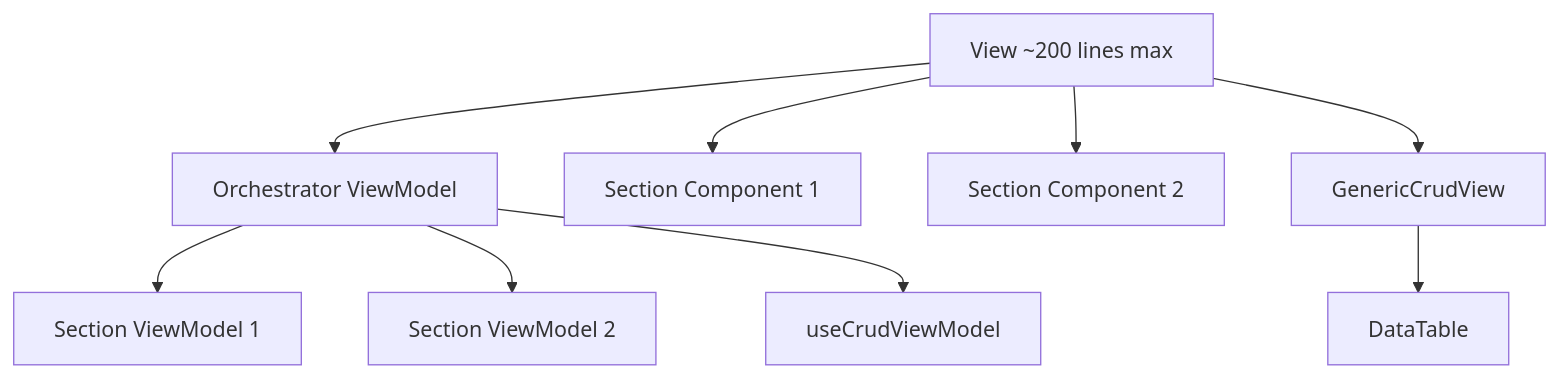
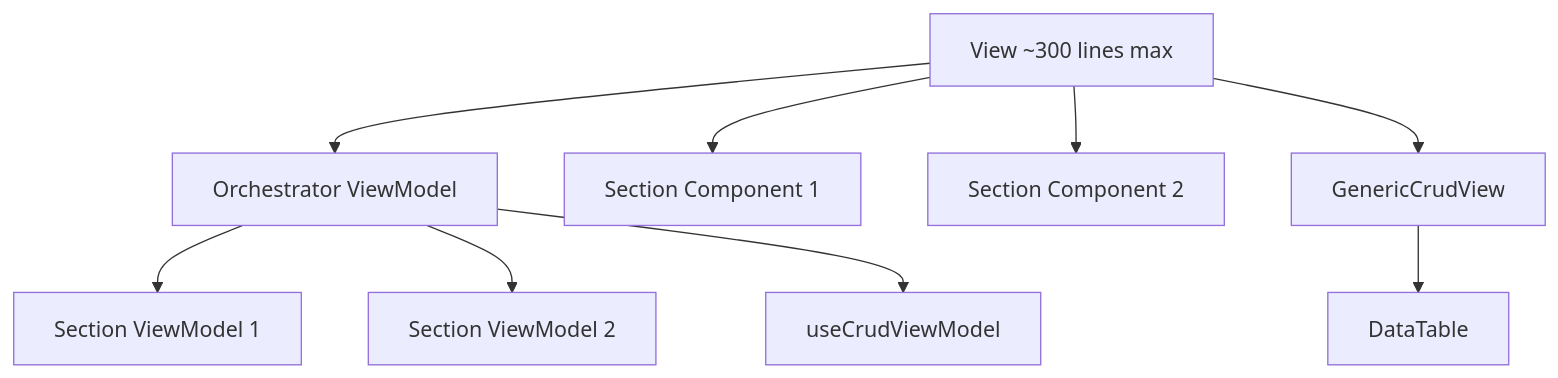
One commit to SCRIPE-org/SCRIPE-Frontend changed the diagram in docs/architecture/view-viewmodel-rules.md. Above: the diagram before and after it, drawn with Mermaid. The commit also changed other lines of this file and 649 other files, not shown here.

First line of the commit message:
refactor(frontend): resolve architectural compliance warnings and ESLint checks

````diff
--- a/docs/architecture/view-viewmodel-rules.md
+++ b/docs/architecture/view-viewmodel-rules.md
@@ -15,11 +15,11 @@
 ```mermaid
 graph TB
-    V[View ~200 lines max] --> OVM[Orchestrator ViewModel]
+    V[View ~300 lines max] --> OVM[Orchestrator ViewModel]
     OVM --> VM1[Section ViewModel 1]
     OVM --> VM2[Section ViewModel 2]
     OVM --> CVM[useCrudViewModel]
     V --> SC1[Section Component 1]
     V --> SC2[Section Component 2]
     V --> GCV[GenericCrudView]
     GCV --> DT[DataTable]
 ```
````
